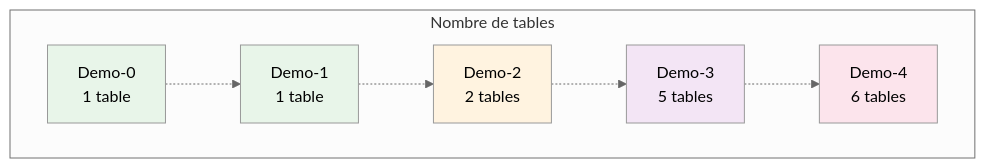
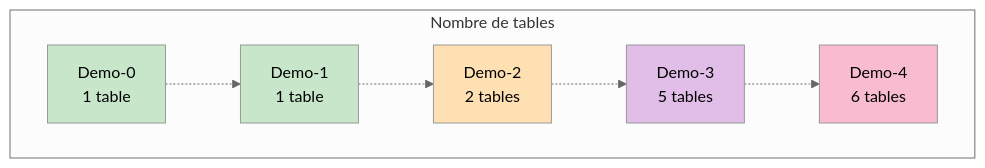
Diagram 26 of 39 in 02-DIAGRAMMES_ARCHITECTURES.md (inskillflow/auths-1-NEXTJS-introduction), drawn with Mermaid (neutral theme) before and after one commit. The commit also changed other lines of this file, not shown here.

````diff
--- a/02-DIAGRAMMES_ARCHITECTURES.md
+++ b/02-DIAGRAMMES_ARCHITECTURES.md
@@ -888,21 +888,21 @@
 ```mermaid
 graph TB
     subgraph "Nombre de tables"
         T0["Demo-0<br/>1 table"]
         T1["Demo-1<br/>1 table"]
         T2["Demo-2<br/>2 tables"]
         T3["Demo-3<br/>5 tables"]
         T4["Demo-4<br/>6 tables"]
     end
     
     T0 -.-> T1
     T1 -.-> T2
     T2 -.-> T3
     T3 -.-> T4
     
-    style T0 fill:#e8f5e9
-    style T1 fill:#e8f5e9
-    style T2 fill:#fff3e0
-    style T3 fill:#f3e5f5
-    style T4 fill:#fce4ec
+    style T0 fill:#c8e6c9
+    style T1 fill:#c8e6c9
+    style T2 fill:#ffe0b2
+    style T3 fill:#e1bee7
+    style T4 fill:#f8bbd0
 ```
````
